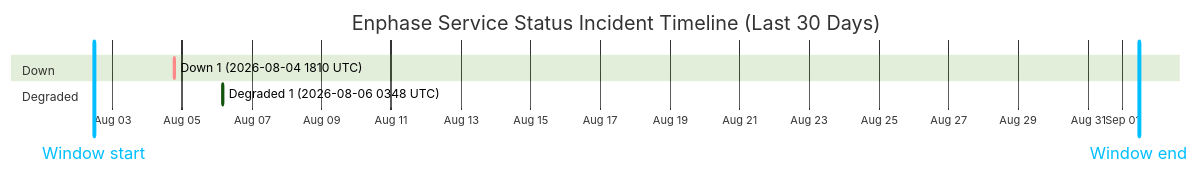
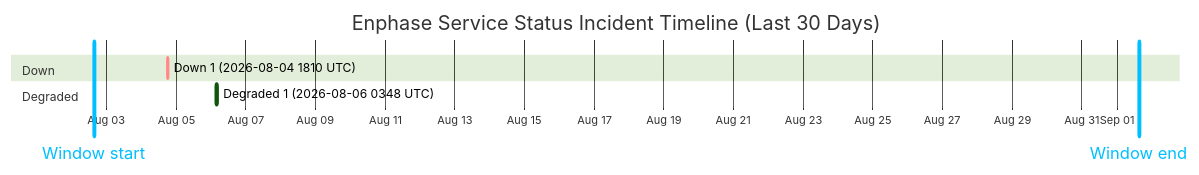
Before and after one commit to barneyonline/ha-enphase-energy: the diagram in wiki/Service-Status-History.md, drawn with Mermaid (forest theme). The commit also changed other lines of this file and 3 other files, not shown here.

````diff
--- a/wiki/Service-Status-History.md
+++ b/wiki/Service-Status-History.md
@@ -14,12 +14,12 @@
 ```mermaid
 gantt
     title Enphase Service Status Incident Timeline (Last 30 Days)
     dateFormat  YYYY-MM-DDTHH:mm:ss
     axisFormat  %b %d
-    Window start :vert, window-start, 2026-08-02T11:07:38, 0ms
-    Window end :vert, window-end, 2026-09-01T11:07:38, 0ms
+    Window start :vert, window-start, 2026-08-02T15:30:32, 0ms
+    Window end :vert, window-end, 2026-09-01T15:30:32, 0ms
     section Down
     Down 1 (2026-08-04 1810 UTC) :crit, down-1, 2026-08-04T18:10:46, 60m
     section Degraded
     Degraded 1 (2026-08-06 0348 UTC) :active, degraded-1, 2026-08-06T03:48:14, 60m
 ```
````
